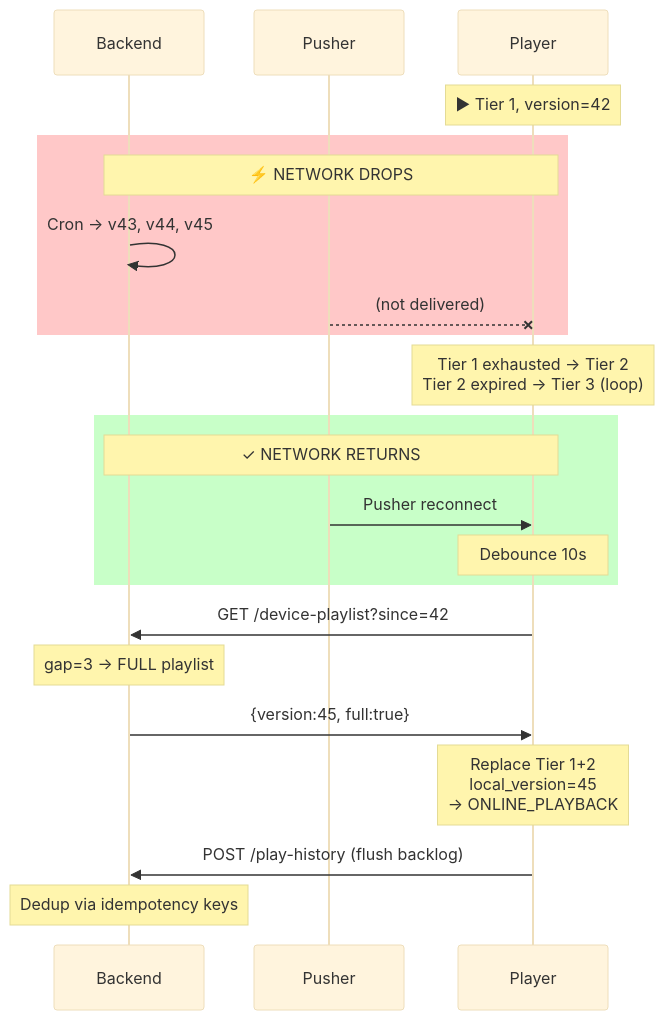
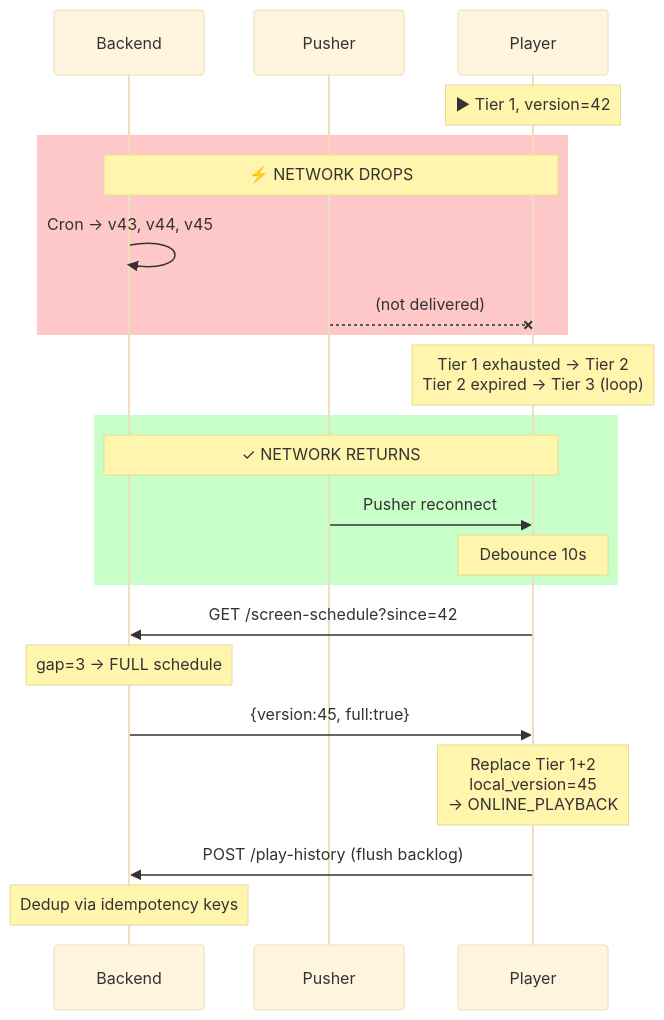
The diagram in scripts/diagrams/05-2-flow-network-drop.mmd (wasikarn/jira-generator), drawn with Mermaid (base theme) before and after one commit. The commit also changed 6 other files, not shown here.

First line of the commit message:
feat: align architecture docs with DOOH industry terminology + add pDOOH roadmap

```diff
--- a/scripts/diagrams/05-2-flow-network-drop.mmd
+++ b/scripts/diagrams/05-2-flow-network-drop.mmd
@@ -1,22 +1,22 @@
 sequenceDiagram
     participant BE as Backend
     participant PU as Pusher
     participant PL as Player
     Note over PL: ▶ Tier 1, version=42
     rect rgb(255, 200, 200)
         Note over BE,PL: ⚡ NETWORK DROPS
         BE->>BE: Cron → v43, v44, v45
         PU--xPL: (not delivered)
     end
     Note over PL: Tier 1 exhausted → Tier 2<br/>Tier 2 expired → Tier 3 (loop)
     rect rgb(200, 255, 200)
         Note over BE,PL: ✓ NETWORK RETURNS
         PU->>PL: Pusher reconnect
         Note over PL: Debounce 10s
     end
-    PL->>BE: GET /device-playlist?since=42
-    Note over BE: gap=3 → FULL playlist
+    PL->>BE: GET /screen-schedule?since=42
+    Note over BE: gap=3 → FULL schedule
     BE->>PL: {version:45, full:true}
     Note over PL: Replace Tier 1+2<br/>local_version=45<br/>→ ONLINE_PLAYBACK
     PL->>BE: POST /play-history (flush backlog)
     Note over BE: Dedup via idempotency keys
```
